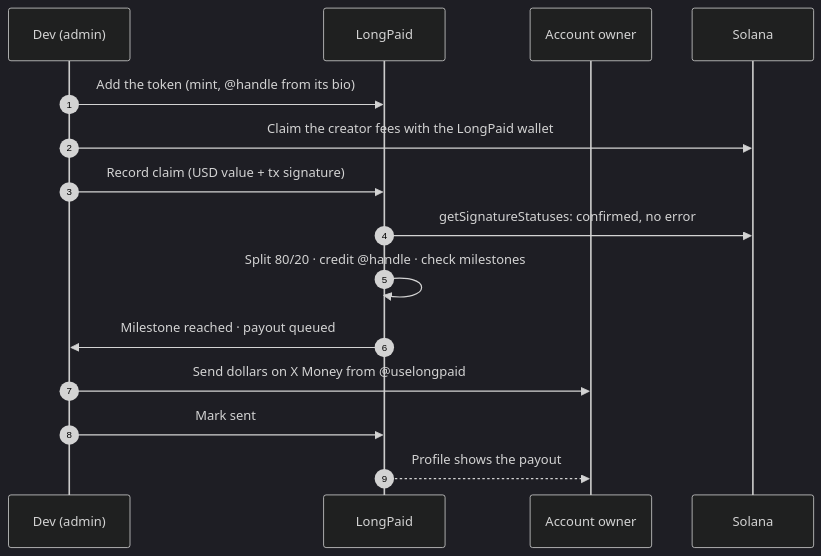
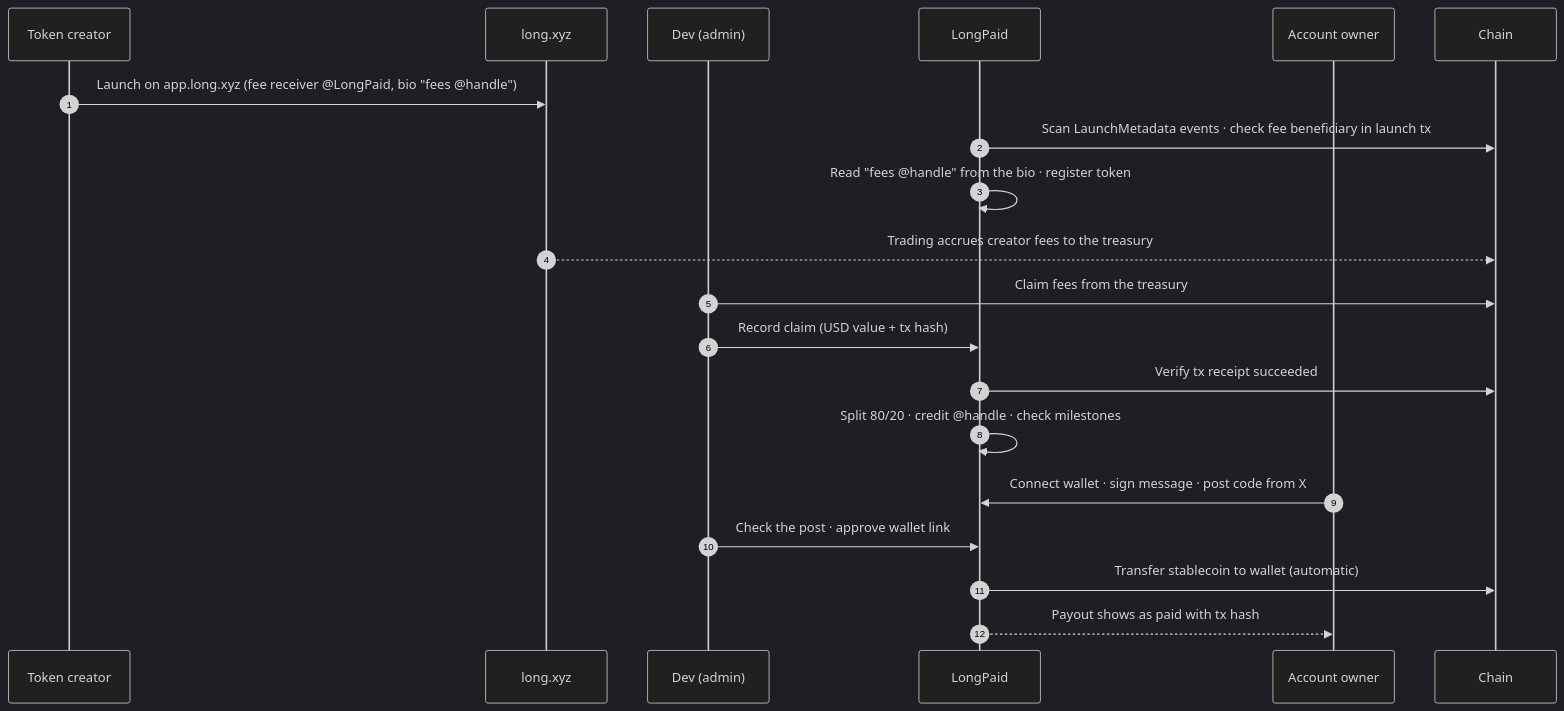
The first of 2 diagrams in README.md (uselongpaid/uselongpaid), drawn with Mermaid (dark theme) before and after one commit. The commit also changed other lines of this file and 55 other files, not shown here.

First line of the commit message:
Go back to app.long.xyz on Robinhood Chain

````diff
--- a/README.md
+++ b/README.md
@@ -119,18 +56,23 @@
 ```mermaid
 sequenceDiagram
     autonumber
+    participant C as Token creator
+    participant L as long.xyz
     participant D as Dev (admin)
     participant F as LongPaid
     participant X as Account owner
-    participant B as Solana
+    participant B as Chain
 
-    D->>F: Add the token (mint, @handle from its bio)
-    D->>B: Claim the creator fees with the LongPaid wallet
-    D->>F: Record claim (USD value + tx signature)
-    F->>B: getSignatureStatuses: confirmed, no error
+    C->>L: Launch on app.long.xyz (fee receiver @LongPaid, bio "fees @handle")
+    F->>B: Scan LaunchMetadata events · check fee beneficiary in launch tx
+    F->>F: Read "fees @handle" from the bio · register token
+    L-->>B: Trading accrues creator fees to the treasury
+    D->>B: Claim fees from the treasury
+    D->>F: Record claim (USD value + tx hash)
+    F->>B: Verify tx receipt succeeded
     F->>F: Split 80/20 · credit @handle · check milestones
-    F->>D: Milestone reached · payout queued
-    D->>X: Send dollars on X Money from @uselongpaid
-    D->>F: Mark sent
-    F-->>X: Profile shows the payout
+    X->>F: Connect wallet · sign message · post code from X
+    D->>F: Check the post · approve wallet link
+    F->>B: Transfer stablecoin to wallet (automatic)
+    F-->>X: Payout shows as paid with tx hash
 ```
````
